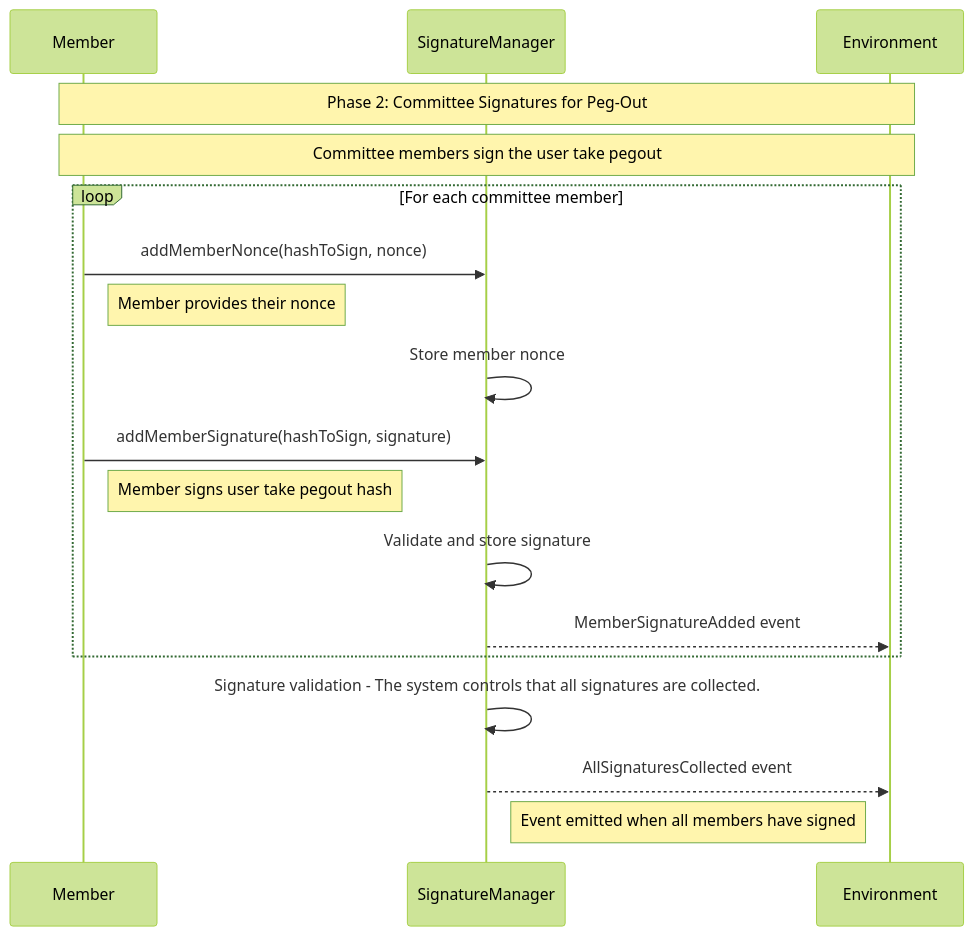
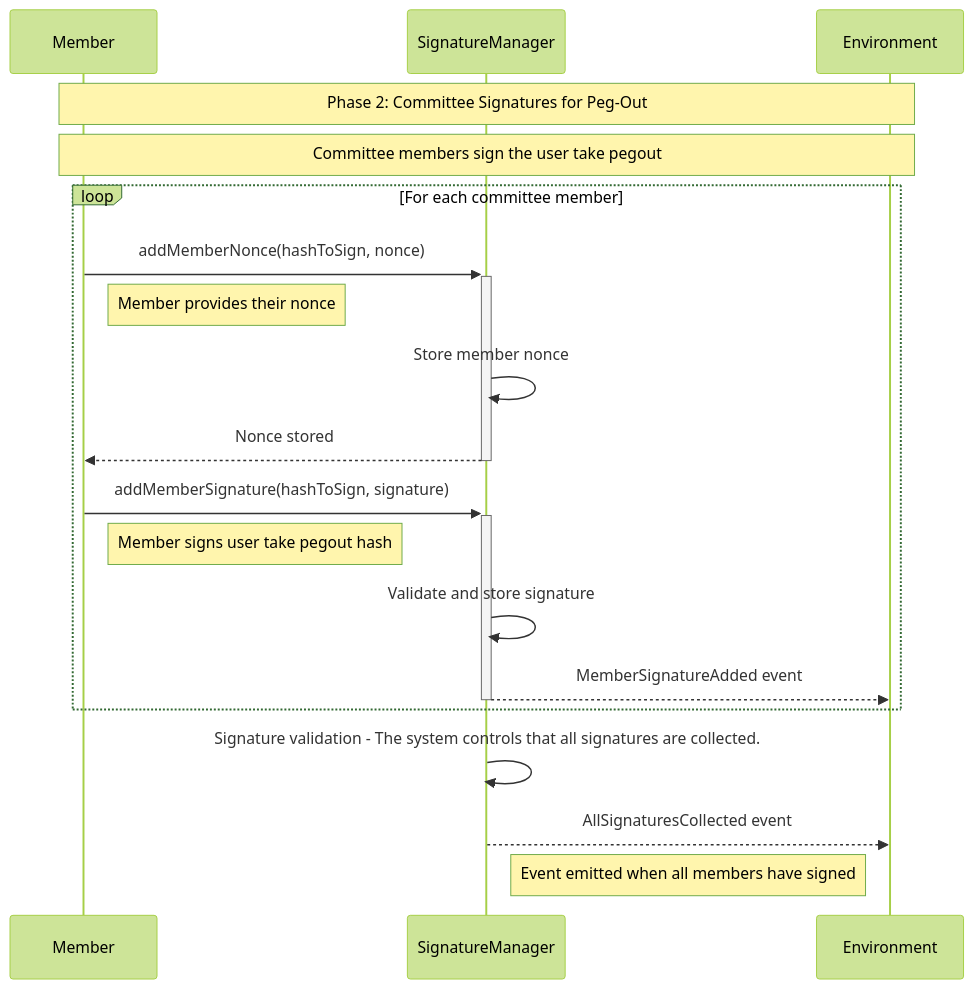
One commit to rsksmart/union-bridge-contracts changed the ninth of 12 diagrams in README.md. Above: the diagram before and after it, drawn with Mermaid (forest theme). The commit also changed other lines of this file, not shown here.

Commit message:
Add Table of contents and architecture to README

````diff
--- a/README.md
+++ b/README.md
@@ -310,23 +449,24 @@
 ```mermaid
 sequenceDiagram
     participant M as Member
     participant SM as SignatureManager
     participant ENV as Environment
 
     Note over M,ENV: Phase 2: Committee Signatures for Peg-Out
     Note over M,ENV: Committee members sign the user take pegout
 
     loop For each committee member
-        M->>SM: addMemberNonce(hashToSign, nonce)
+        M->>+SM: addMemberNonce(hashToSign, nonce)
         Note right of M: Member provides their nonce
         SM->>SM: Store member nonce
-        M->>SM: addMemberSignature(hashToSign, signature)
+        SM-->>-M: Nonce stored
+        M->>+SM: addMemberSignature(hashToSign, signature)
         Note right of M: Member signs user take pegout hash
         SM->>SM: Validate and store signature
-        SM-->>ENV: MemberSignatureAdded event
+        SM-->>-ENV: MemberSignatureAdded event
     end
 
     SM->>SM: Signature validation - The system controls that all signatures are collected.
     SM-->>ENV: AllSignaturesCollected event
     Note right of SM: Event emitted when all members have signed
 ```
````
